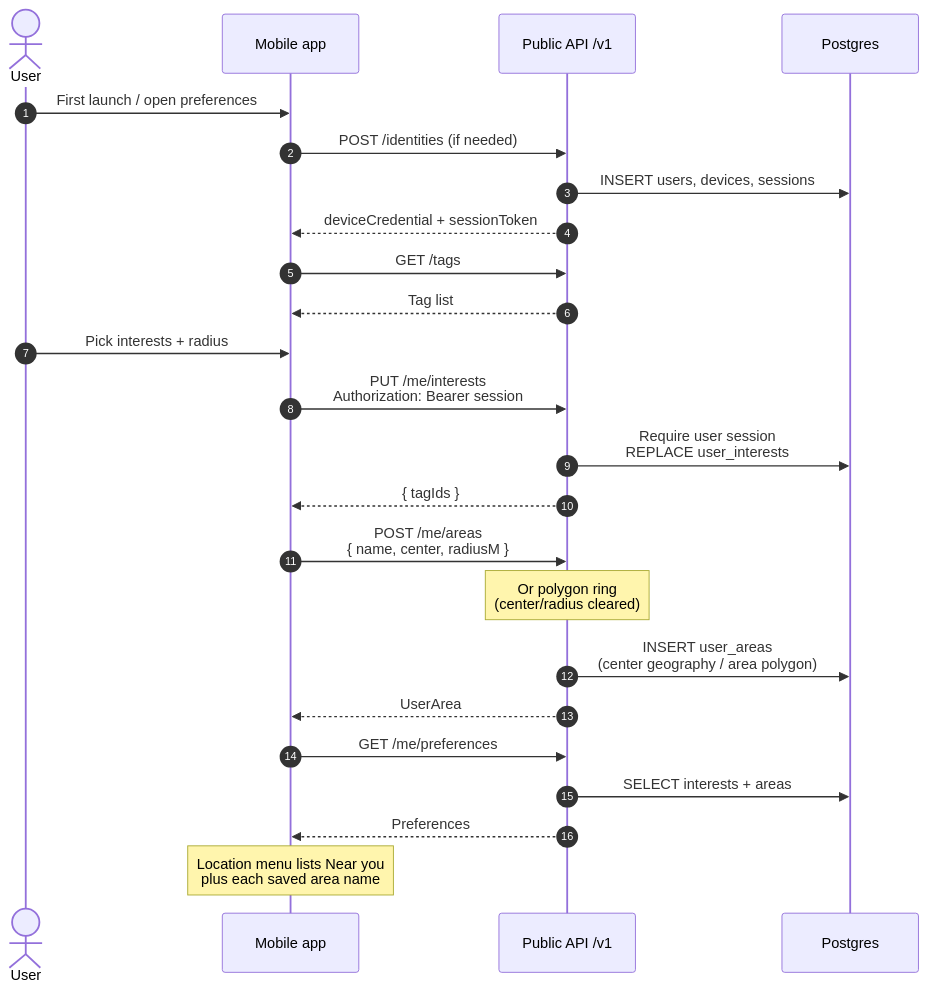
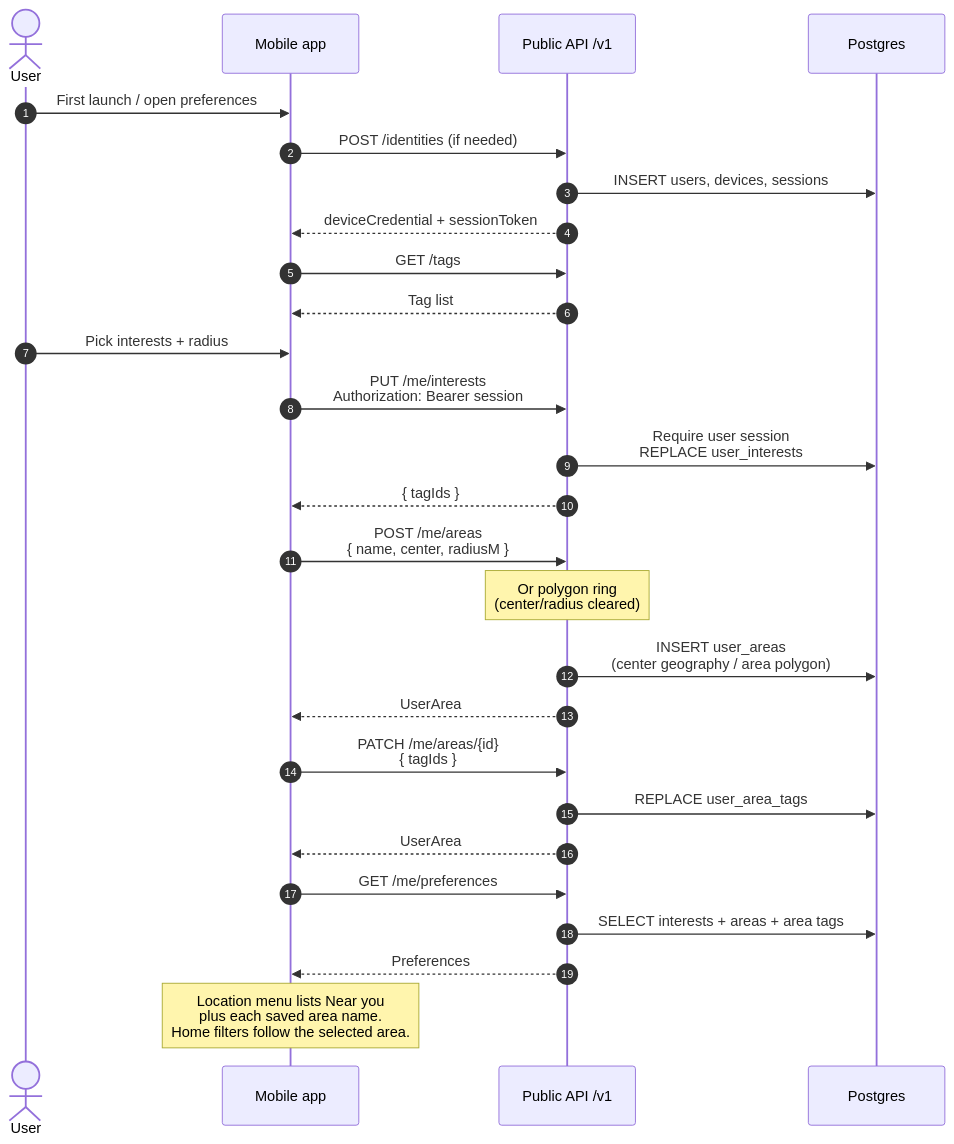
One commit to BradleySmallbottoms/evently changed the diagram in docs/flows/user-preferences.md. Above: the diagram before and after it, drawn with Mermaid. The commit also changed other lines of this file and 40 other files, not shown here.

First line of the commit message:
Enhance area management and tag handling in user preferences and onboarding process.

````diff
--- a/docs/flows/user-preferences.md
+++ b/docs/flows/user-preferences.md
@@ -8,31 +8,35 @@
 ```mermaid
 sequenceDiagram
   autonumber
   actor User
   participant Mobile as Mobile app
   participant API as Public API /v1
   participant DB as Postgres
 
   User->>Mobile: First launch / open preferences
   Mobile->>API: POST /identities (if needed)
   API->>DB: INSERT users, devices, sessions
   API-->>Mobile: deviceCredential + sessionToken
 
   Mobile->>API: GET /tags
   API-->>Mobile: Tag list
 
   User->>Mobile: Pick interests + radius
   Mobile->>API: PUT /me/interests<br/>Authorization: Bearer session
   API->>DB: Require user session<br/>REPLACE user_interests
   API-->>Mobile: { tagIds }
 
   Mobile->>API: POST /me/areas<br/>{ name, center, radiusM }
   Note over API: Or polygon ring<br/>(center/radius cleared)
   API->>DB: INSERT user_areas<br/>(center geography / area polygon)
   API-->>Mobile: UserArea
 
+  Mobile->>API: PATCH /me/areas/{id}<br/>{ tagIds }
+  API->>DB: REPLACE user_area_tags
+  API-->>Mobile: UserArea
+
   Mobile->>API: GET /me/preferences
-  API->>DB: SELECT interests + areas
+  API->>DB: SELECT interests + areas + area tags
   API-->>Mobile: Preferences
-  Note over Mobile: Location menu lists Near you<br/>plus each saved area name
+  Note over Mobile: Location menu lists Near you<br/>plus each saved area name.<br/>Home filters follow the selected area.
 ```
````
